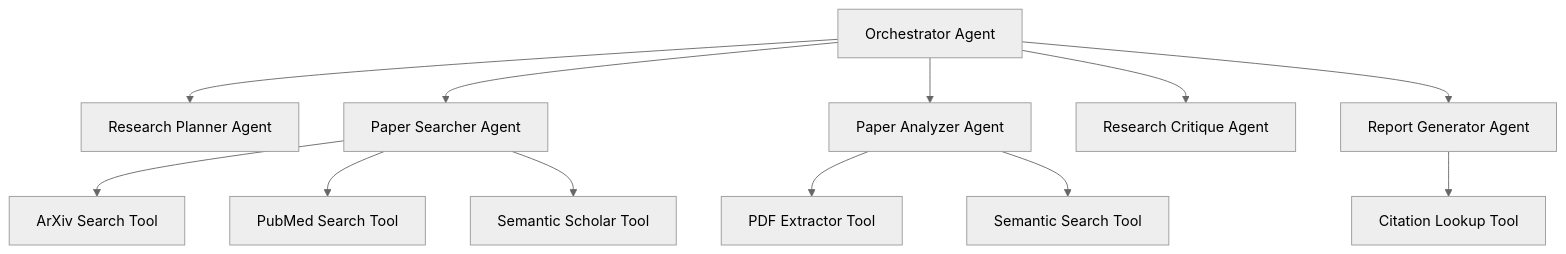
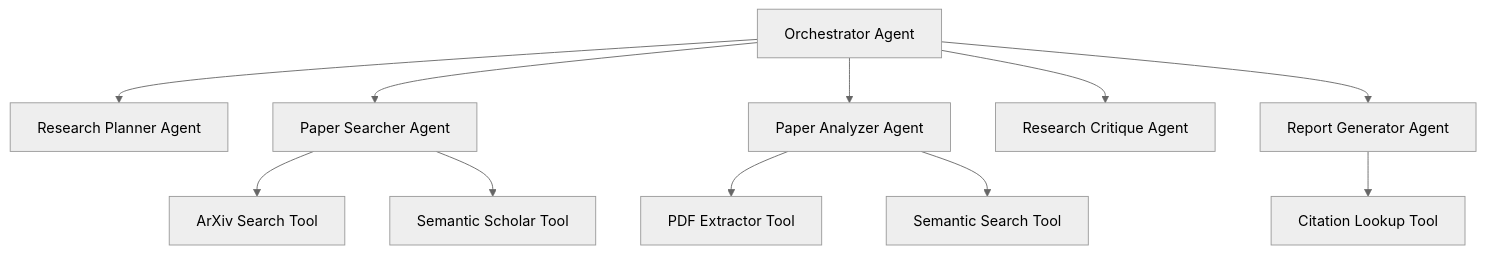
Before and after one commit to YASHY2K/scientific-discovery-agent: the diagram in README.md, drawn with Mermaid (neutral theme). The commit also changed other lines of this file and 35 other files, not shown here.

````diff
--- a/README.md
+++ b/README.md
@@ -84,15 +85,14 @@
 ```mermaid
 graph TD
     A[Orchestrator Agent] --> B[Research Planner Agent]
     A --> C[Paper Searcher Agent]
     A --> D[Paper Analyzer Agent]
     A --> E[Research Critique Agent]
     A --> F[Report Generator Agent]
-    
+
     C --> G[ArXiv Search Tool]
-    C --> H[PubMed Search Tool]
-    C --> I[Semantic Scholar Tool]
+    C --> H[Semantic Scholar Tool]
     D --> J[PDF Extractor Tool]
     D --> K[Semantic Search Tool]
     F --> L[Citation Lookup Tool]
 ```
````
